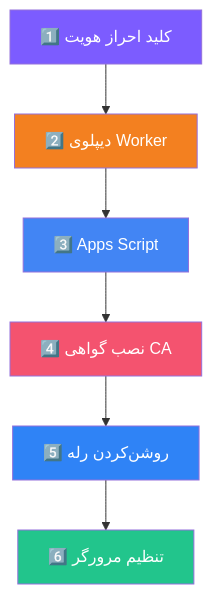
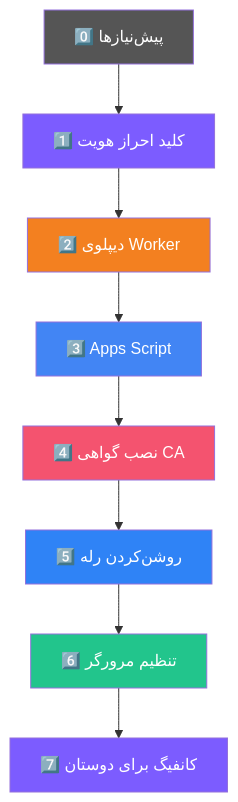
One commit to ArasTey/Aras-GP changed the second of 3 diagrams in README.md. Above: the diagram before and after it, drawn with Mermaid. The commit also changed other lines of this file and 16 other files, not shown here.

````diff
--- a/README.md
+++ b/README.md
@@ -272,14 +273,18 @@
 ```mermaid
 flowchart TD
-    S1["1️⃣ کلید احراز هویت"] --> S2["2️⃣ دیپلوی Worker"]
+    S0["0️⃣ پیش‌نیازها"] --> S1["1️⃣ کلید احراز هویت"]
+    S1 --> S2["2️⃣ دیپلوی Worker"]
     S2 --> S3["3️⃣ Apps Script"]
     S3 --> S4["4️⃣ نصب گواهی CA"]
     S4 --> S5["5️⃣ روشن‌کردن رله"]
     S5 --> S6["6️⃣ تنظیم مرورگر"]
+    S6 --> S7["7️⃣ کانفیگ برای دوستان"]
+    style S0 fill:#555,color:#fff
     style S1 fill:#7C5CFF,color:#fff
     style S2 fill:#F38020,color:#fff
     style S3 fill:#4285F4,color:#fff
     style S4 fill:#f4536f,color:#fff
     style S5 fill:#2F83F6,color:#fff
     style S6 fill:#22c58c,color:#fff
+    style S7 fill:#7C5CFF,color:#fff
 ```
````
